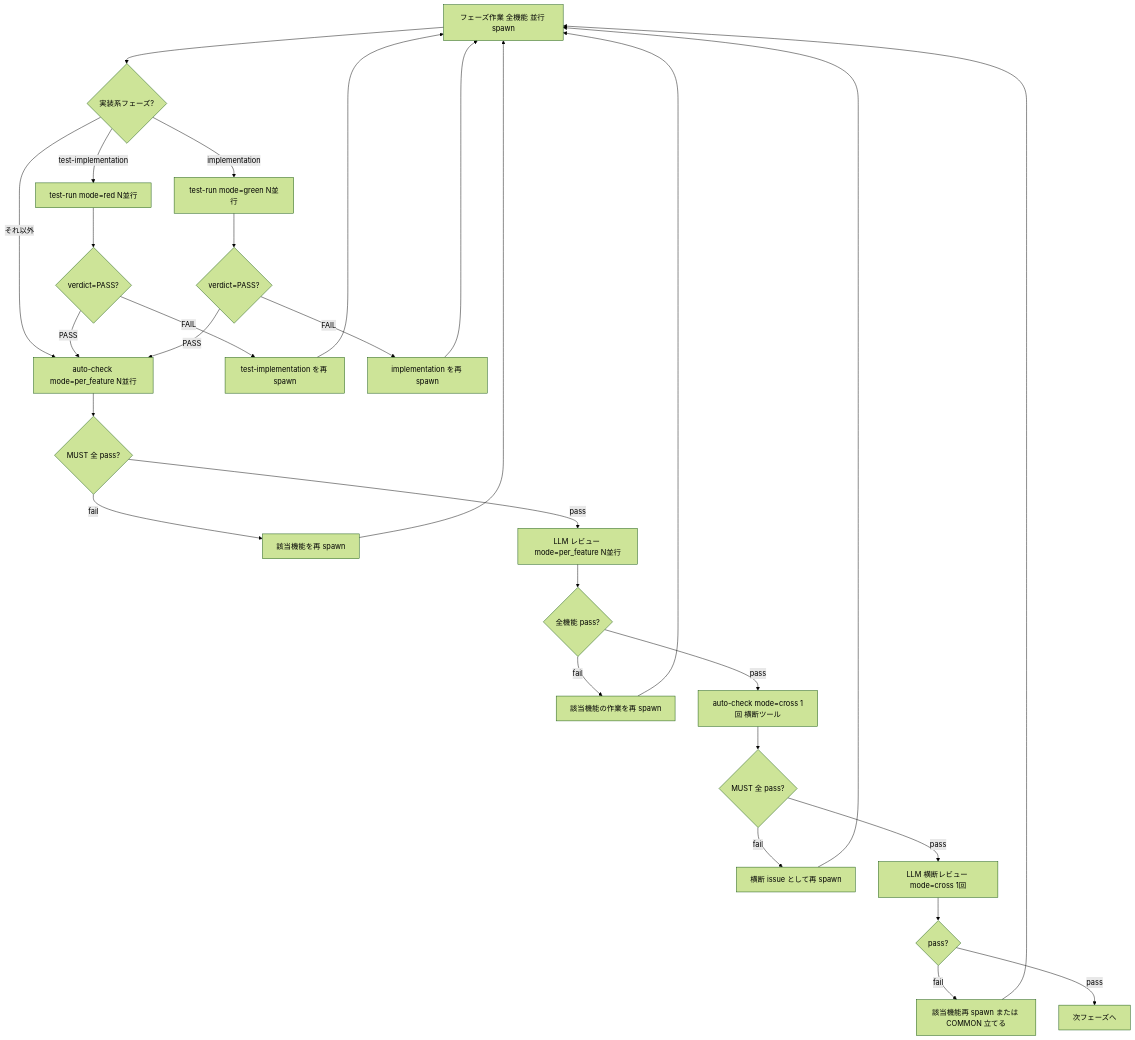
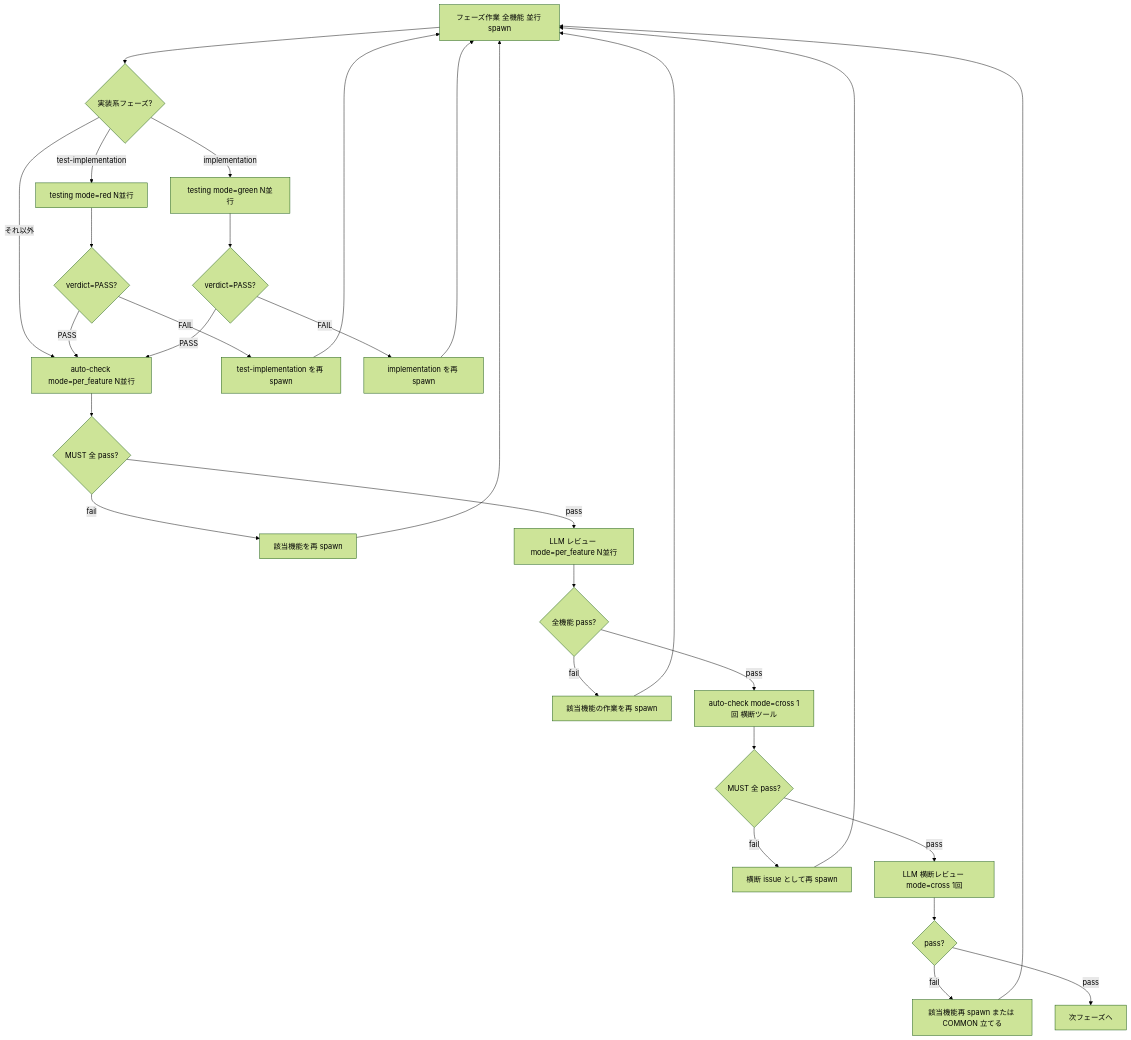
The third of 6 diagrams in docs/workflow-overview.md (yamasuki-/software_dev_workflow), drawn with Mermaid (forest theme) before and after one commit. The commit also changed other lines of this file and 36 other files, not shown here.

````diff
--- a/docs/workflow-overview.md
+++ b/docs/workflow-overview.md
@@ -137,32 +148,32 @@
 ```mermaid
 flowchart TD
     Phase[フェーズ作業 全機能 並行 spawn]
     Phase --> TR{実装系フェーズ?}
-    TR -->|test-implementation| TR1[test-run mode=red N並行]
-    TR -->|implementation| TR2[test-run mode=green N並行]
+    TR -->|test-implementation| TR1[testing mode=red N並行]
+    TR -->|implementation| TR2[testing mode=green N並行]
     TR -->|それ以外| AC1[auto-check mode=per_feature N並行]
     TR1 --> TR1R{verdict=PASS?}
     TR1R -->|FAIL| BackTR1[test-implementation を再 spawn]
     BackTR1 --> Phase
     TR1R -->|PASS| AC1
     TR2 --> TR2R{verdict=PASS?}
     TR2R -->|FAIL| BackTR2[implementation を再 spawn]
     BackTR2 --> Phase
     TR2R -->|PASS| AC1
     AC1 --> AC1R{MUST 全 pass?}
     AC1R -->|fail| BackAC[該当機能を再 spawn]
     BackAC --> Phase
     AC1R -->|pass| R1[LLM レビュー mode=per_feature N並行]
     R1 --> R1R{全機能 pass?}
     R1R -->|fail| Back1[該当機能の作業を再 spawn]
     Back1 --> Phase
     R1R -->|pass| AC2[auto-check mode=cross 1回 横断ツール]
     AC2 --> AC2R{MUST 全 pass?}
     AC2R -->|fail| Back2[横断 issue として再 spawn]
     Back2 --> Phase
     AC2R -->|pass| R2[LLM 横断レビュー mode=cross 1回]
     R2 --> R2R{pass?}
     R2R -->|fail| Back3[該当機能再 spawn または COMMON 立てる]
     Back3 --> Phase
     R2R -->|pass| Next[次フェーズへ]
 ```
````
